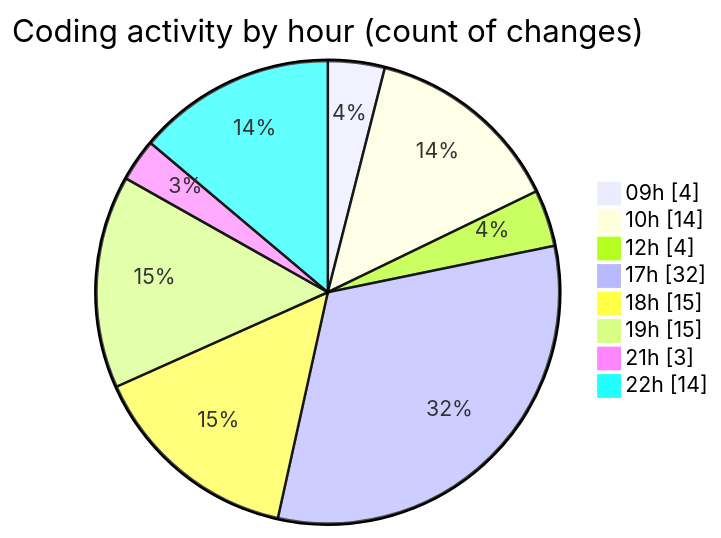
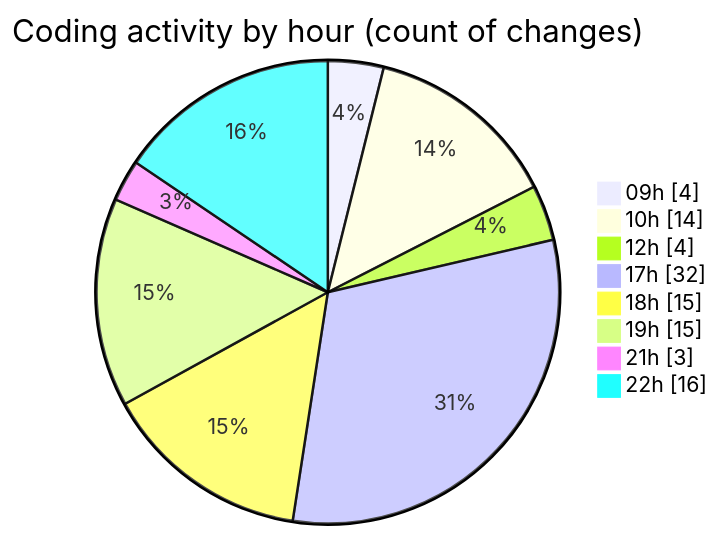
One commit to Elitesun/code-tracking changed the second of 2 diagrams in 2025-05-06/niten/README.md. Above: the diagram before and after it, drawn with Mermaid. The commit also changed other lines of this file and 1 other file, not shown here.

````diff
--- a/2025-05-06/niten/README.md
+++ b/2025-05-06/niten/README.md
@@ -64,12 +64,12 @@
 ```mermaid
 pie showData
 title Coding activity by hour (count of changes)
 "09h" : 4
 "10h" : 14
 "12h" : 4
 "17h" : 32
 "18h" : 15
 "19h" : 15
 "21h" : 3
-"22h" : 14
+"22h" : 16
 ```
````
